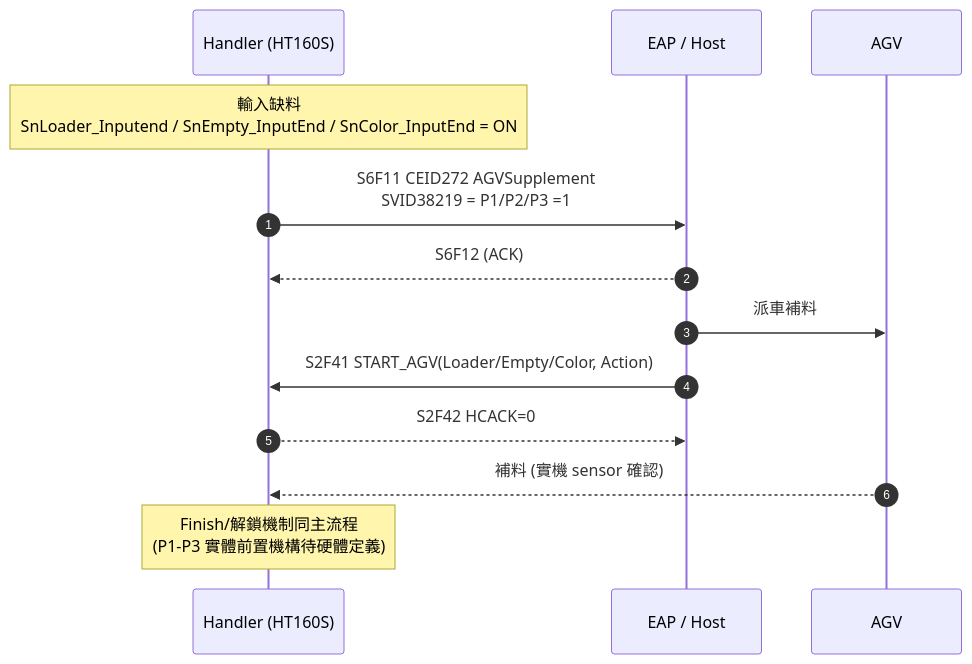
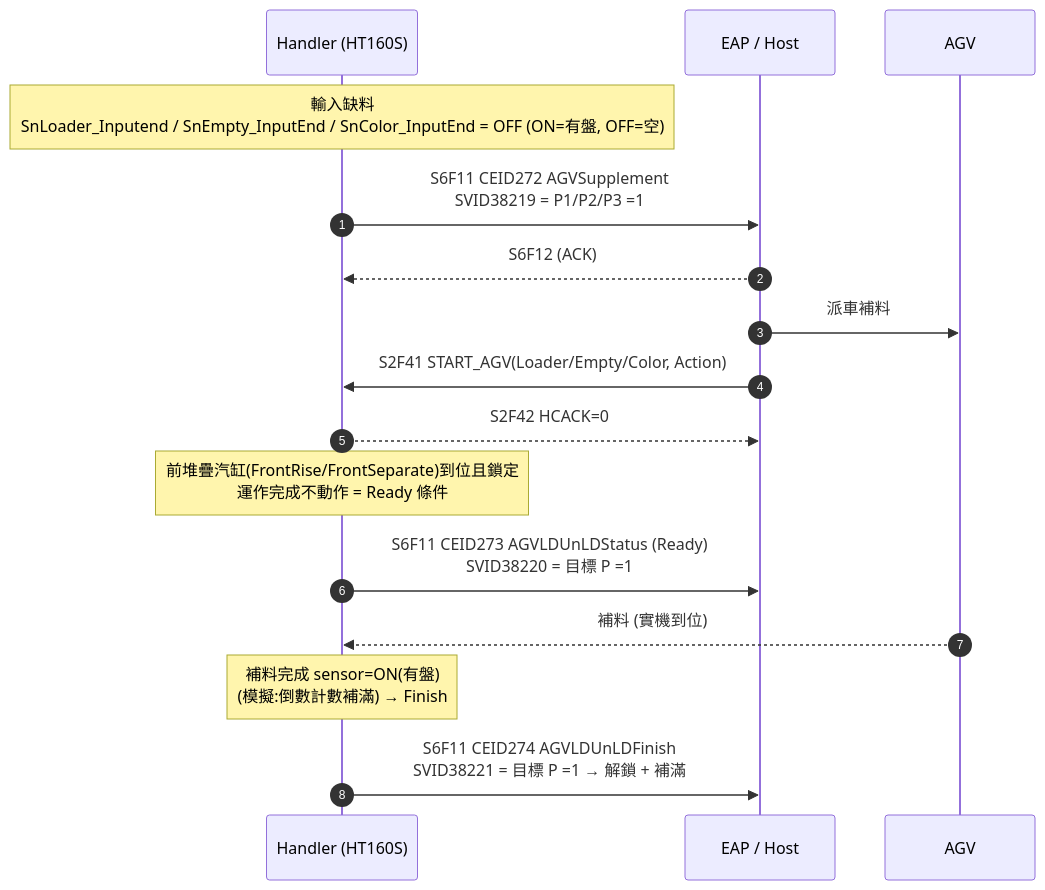
Before and after one commit to HPI-Jimmy-Chiu/HT160S_BCB: the second of 2 diagrams in docs/AGV/HT160S_E87_AGV_Operation_Manual.md, drawn with Mermaid. The commit also changed 41 other files, not shown here.

First line of the commit message:
feat(agv): P1-P3 AMR Ready/Finish handshake + Auto car-taken sensor + cylinder lock + sim model

````diff
--- a/docs/AGV/HT160S_E87_AGV_Operation_Manual.md
+++ b/docs/AGV/HT160S_E87_AGV_Operation_Manual.md
@@ -155,15 +155,18 @@
 ```mermaid
 sequenceDiagram
     autonumber
     participant H as Handler (HT160S)
     participant E as EAP / Host
     participant A as AGV
-    Note over H: 輸入缺料<br/>SnLoader_Inputend / SnEmpty_InputEnd / SnColor_InputEnd = ON
+    Note over H: 輸入缺料<br/>SnLoader_Inputend / SnEmpty_InputEnd / SnColor_InputEnd = OFF (ON=有盤, OFF=空)
     H->>E: S6F11 CEID272 AGVSupplement<br/>SVID38219 = P1/P2/P3 =1
     E-->>H: S6F12 (ACK)
     E->>A: 派車補料
     E->>H: S2F41 START_AGV(Loader/Empty/Color, Action)
     H-->>E: S2F42 HCACK=0
-    A-->>H: 補料 (實機 sensor 確認)
-    Note over H: Finish/解鎖機制同主流程<br/>(P1-P3 實體前置機構待硬體定義)
+    Note over H: 前堆疊汽缸(FrontRise/FrontSeparate)到位且鎖定<br/>運作完成不動作 = Ready 條件
+    H->>E: S6F11 CEID273 AGVLDUnLDStatus (Ready)<br/>SVID38220 = 目標 P =1
+    A-->>H: 補料 (實機到位)
+    Note over H: 補料完成 sensor=ON(有盤)<br/>(模擬:倒數計數補滿) → Finish
+    H->>E: S6F11 CEID274 AGVLDUnLDFinish<br/>SVID38221 = 目標 P =1 → 解鎖 + 補滿
 ```
````
